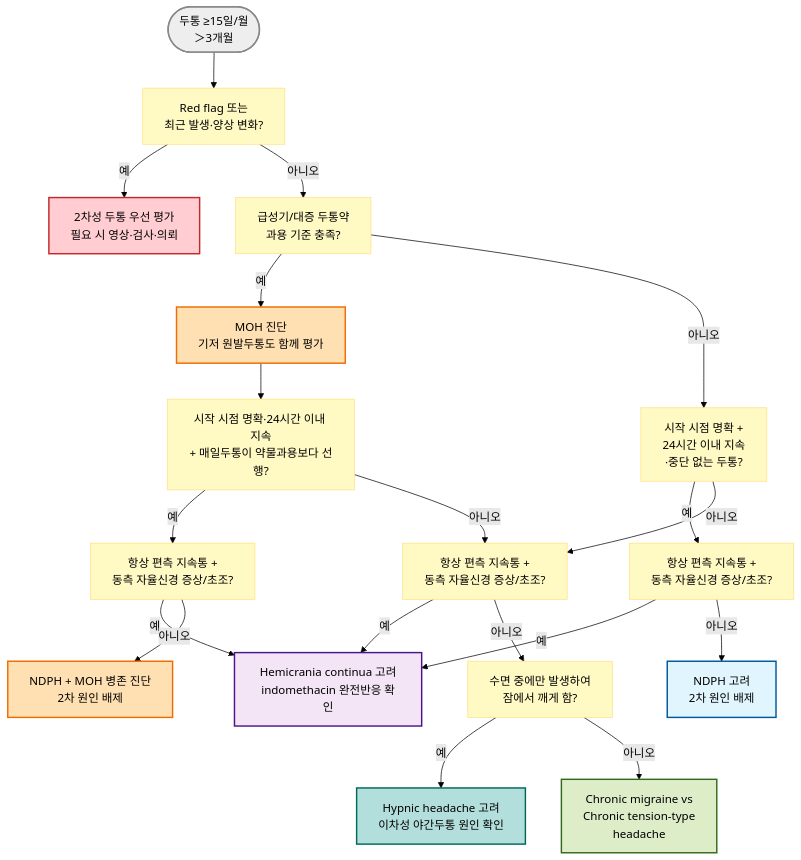
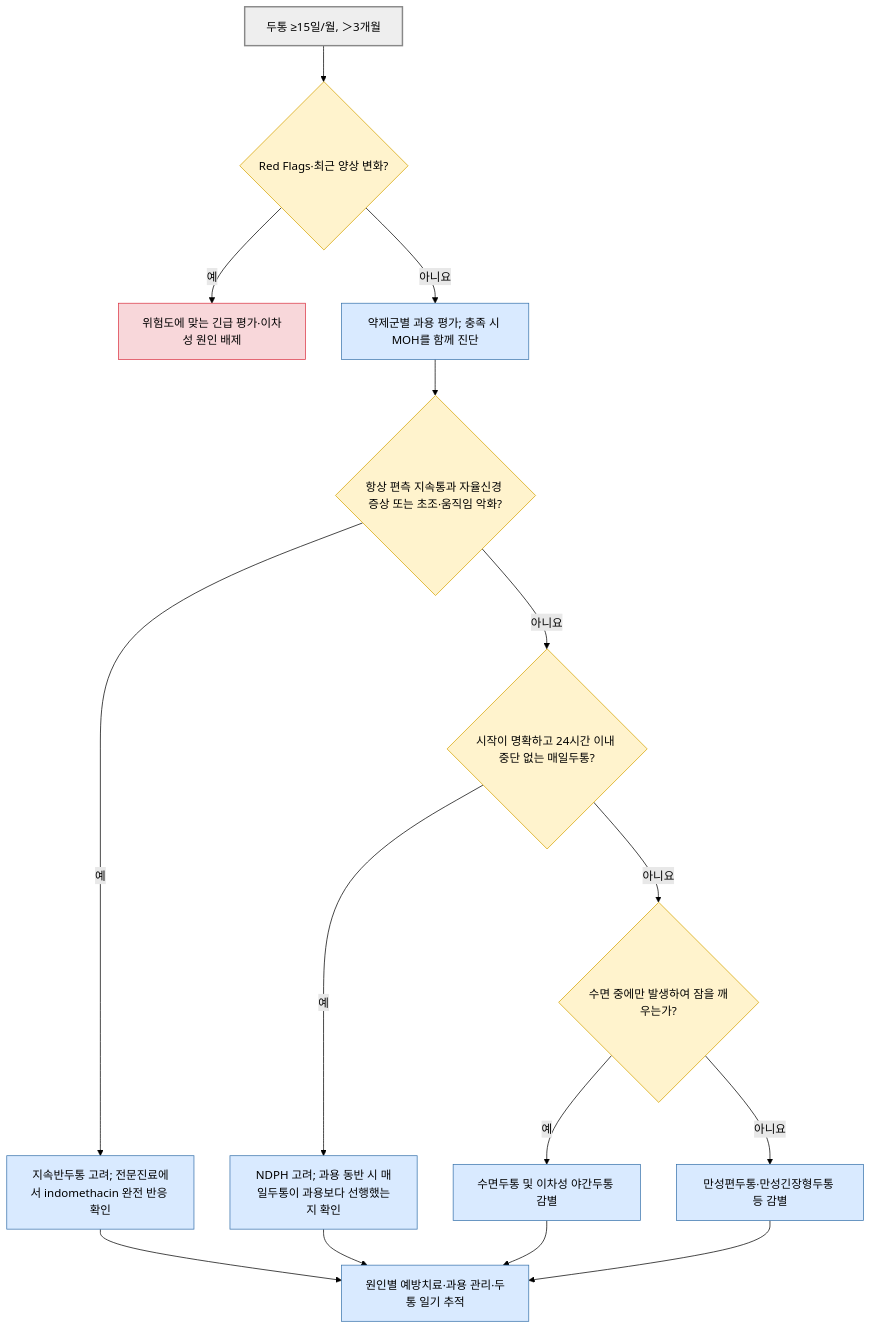
Before and after one commit to familyoh77/familyoh77: the diagram in 221_/018_-chronic-headache.md, drawn with Mermaid (forest theme). The commit also changed other lines of this file and 4 other files, not shown here.

````diff
--- a/221_/018_-chronic-headache.md
+++ b/221_/018_-chronic-headache.md
@@ -28,34 +42,25 @@
 ```mermaid
 flowchart TD
-    A(["두통 ≥15일/월<br/>＞3개월"]) --> B["Red flag 또는<br/>최근 발생·양상 변화?"]
-    B -- "예" --> C["2차성 두통 우선 평가<br/>필요 시 영상·검사·의뢰"]
-    B -- "아니오" --> D["급성기/대증 두통약<br/>과용 기준 충족?"]
-    D -- "예" --> E["MOH 진단<br/>기저 원발두통도 함께 평가"]
-    D -- "아니오" --> F["시작 시점 명확 +<br/>24시간 이내 지속<br/>·중단 없는 두통?"]
-    E --> E1["시작 시점 명확·24시간 이내 지속<br/>+ 매일두통이 약물과용보다 선행?"]
-    E1 -- "예" --> H2["항상 편측 지속통 +<br/>동측 자율신경 증상/초조?"]
-    H2 -- "예" --> I
-    H2 -- "아니오" --> G["NDPH + MOH 병존 진단<br/>2차 원인 배제"]
-    E1 -- "아니오" --> H["항상 편측 지속통 +<br/>동측 자율신경 증상/초조?"]
-    F -- "예" --> H3["항상 편측 지속통 +<br/>동측 자율신경 증상/초조?"]
-    H3 -- "예" --> I
-    H3 -- "아니오" --> G1["NDPH 고려<br/>2차 원인 배제"]
-    F -- "아니오" --> H
-    H -- "예" --> I["Hemicrania continua 고려<br/>indomethacin 완전반응 확인"]
-    H -- "아니오" --> J["수면 중에만 발생하여<br/>잠에서 깨게 함?"]
-    J -- "예" --> K["Hypnic headache 고려<br/>이차성 야간두통 원인 확인"]
-    J -- "아니오" --> L["Chronic migraine vs<br/>Chronic tension-type <br/>headache"]
-
-    style A fill:#eeeeee,stroke:#888888,stroke-width:2px
-classDef yellow fill:#fff9c4,stroke:#ffe082
-class B,D,F,E1,H,H2,H3,J yellow
-
-    style C fill:#ffcdd2,stroke:#c62828,stroke-width:2px
-    style E fill:#ffe0b2,stroke:#ef6c00,stroke-width:2px
-    style G fill:#ffe0b2,stroke:#ef6c00,stroke-width:2px
-    style G1 fill:#e1f5fe,stroke:#01579b,stroke-width:2px
-    style I fill:#f3e5f5,stroke:#4a148c,stroke-width:2px
-    style K fill:#b2dfdb,stroke:#00695c,stroke-width:2px
-    style L fill:#dcedc8,stroke:#33691e,stroke-width:2px
-
+    A["두통 ≥15일/월, ＞3개월"] --> B{"Red Flags·최근 양상 변화?"}
+    B -- "예" --> C["위험도에 맞는 긴급 평가·이차성 원인 배제"]
+    B -- "아니요" --> D["약제군별 과용 평가; 충족 시 MOH를 함께 진단"]
+    D --> E{"항상 편측 지속통과 자율신경 증상 또는 초조·움직임 악화?"}
+    E -- "예" --> F["지속반두통 고려; 전문진료에서 indomethacin 완전 반응 확인"]
+    E -- "아니요" --> G{"시작이 명확하고 24시간 이내 중단 없는 매일두통?"}
+    G -- "예" --> H["NDPH 고려; 과용 동반 시 매일두통이 과용보다 선행했는지 확인"]
+    G -- "아니요" --> I{"수면 중에만 발생하여 잠을 깨우는가?"}
+    I -- "예" --> J["수면두통 및 이차성 야간두통 감별"]
+    I -- "아니요" --> K["만성편두통·만성긴장형두통 등 감별"]
+    F --> L["원인별 예방치료·과용 관리·두통 일기 추적"]
+    H --> L
+    J --> L
+    K --> L
+    classDef start fill:#eee,stroke:#888,stroke-width:2px;
+    classDef decision fill:#fff3cd,stroke:#d6a400;
+    classDef emergency fill:#f8d7da,stroke:#dc3545;
+    classDef care fill:#d9eaff,stroke:#3973ac;
+    class A start;
+    class B,E,G,I decision;
+    class C emergency;
+    class D,F,H,J,K,L care;
 ```
````
